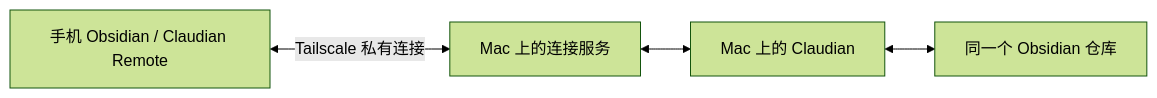
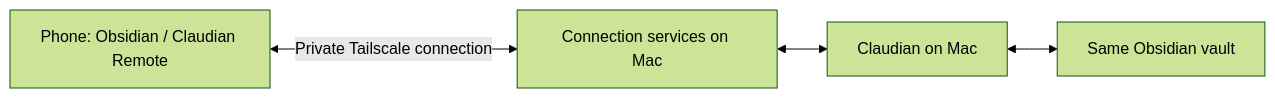
Before and after one commit to cuimino-kaziy/claudian-remote: the diagram in README.md, drawn with Mermaid (forest theme). The commit also changed other lines of this file and 1 other file, not shown here.

````diff
--- a/README.md
+++ b/README.md
@@ -25,6 +27,6 @@
 ```mermaid
 flowchart LR
-  Phone[手机 Obsidian / Claudian Remote] <-->|Tailscale 私有连接| Service[Mac 上的连接服务]
-  Service <--> Claudian[Mac 上的 Claudian]
-  Claudian <--> Vault[同一个 Obsidian 仓库]
+  Phone[Phone: Obsidian / Claudian Remote] <-->|Private Tailscale connection| Service[Connection services on Mac]
+  Service <--> Claudian[Claudian on Mac]
+  Claudian <--> Vault[Same Obsidian vault]
 ```
````
